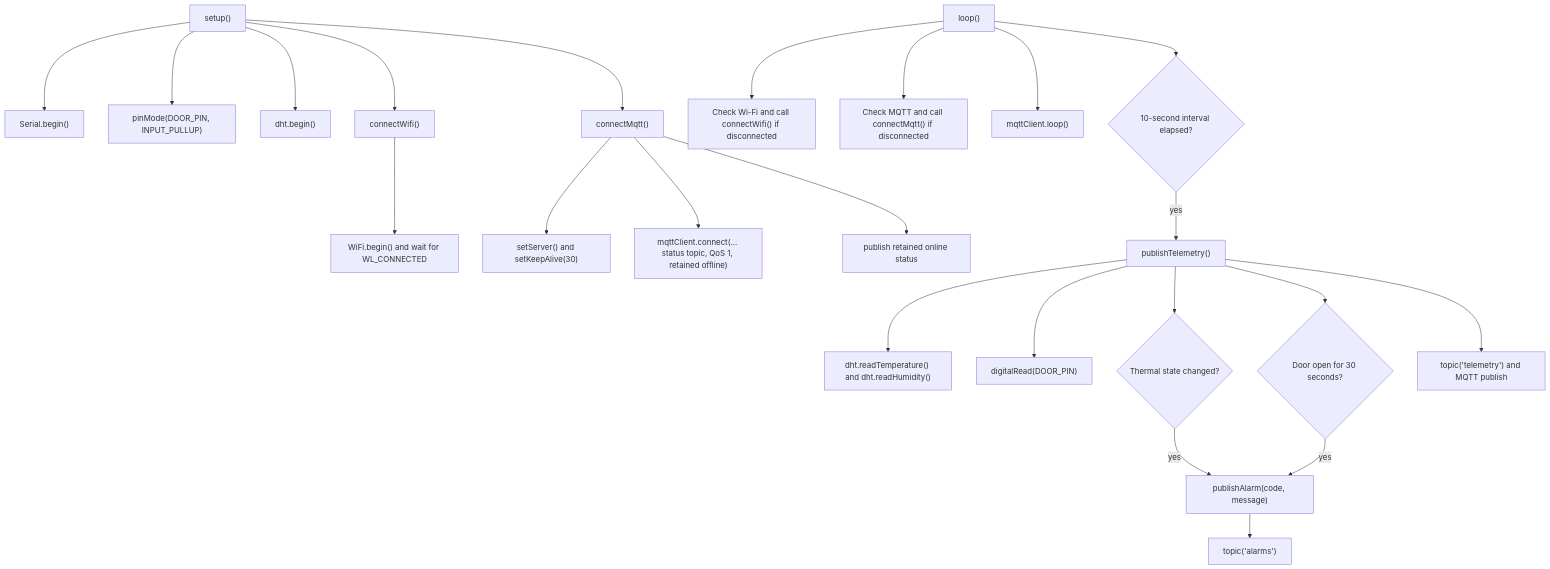
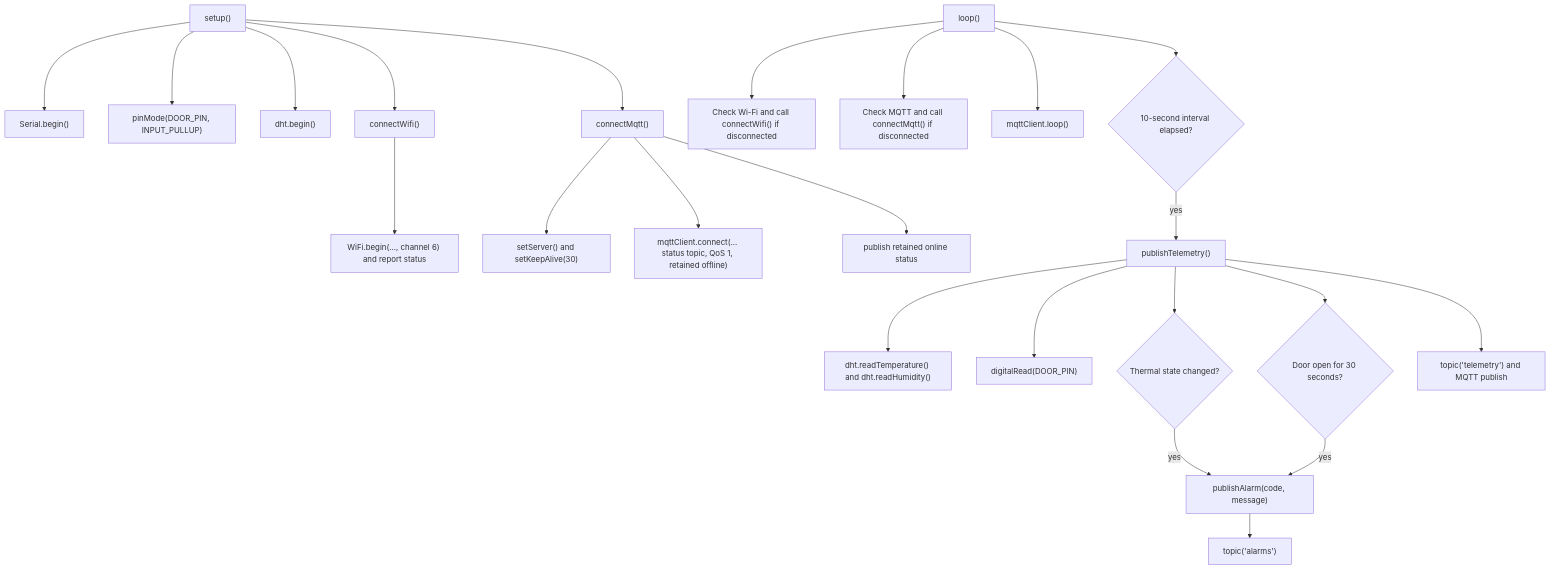
The second of 5 diagrams in docs/architecture.md (denerkr/cold-chain-iot-gateway), drawn with Mermaid before and after one commit. The commit also changed other lines of this file and 12 other files, not shown here.

````diff
--- a/docs/architecture.md
+++ b/docs/architecture.md
@@ -57,25 +86,25 @@
 ```mermaid
 flowchart TD
     Setup["setup()"] --> Serial["Serial.begin()"]
     Setup --> DoorPin["pinMode(DOOR_PIN, INPUT_PULLUP)"]
     Setup --> DHTInit["dht.begin()"]
     Setup --> WiFiConnect["connectWifi()"]
-    WiFiConnect --> WiFiBegin["WiFi.begin() and wait for WL_CONNECTED"]
+    WiFiConnect --> WiFiBegin["WiFi.begin(..., channel 6) and report status"]
     Setup --> MQTTConnect["connectMqtt()"]
     MQTTConnect --> BrokerConfig["setServer() and setKeepAlive(30)"]
     MQTTConnect --> LWT["mqttClient.connect(... status topic, QoS 1, retained offline)"]
     MQTTConnect --> Online["publish retained online status"]
     Loop["loop()"] --> CheckWiFi["Check Wi-Fi and call connectWifi() if disconnected"]
     Loop --> CheckMQTT["Check MQTT and call connectMqtt() if disconnected"]
     Loop --> Pump["mqttClient.loop()"]
     Loop --> Timer{"10-second interval elapsed?"}
     Timer -->|yes| PublishTelemetry["publishTelemetry()"]
     PublishTelemetry --> ReadSensors["dht.readTemperature() and dht.readHumidity()"]
     PublishTelemetry --> ReadDoor["digitalRead(DOOR_PIN)"]
     PublishTelemetry --> ThermalRule{"Thermal state changed?"}
     ThermalRule -->|yes| Alarm["publishAlarm(code, message)"]
     PublishTelemetry --> DoorRule{"Door open for 30 seconds?"}
     DoorRule -->|yes| Alarm
     Alarm --> Topic["topic('alarms')"]
     PublishTelemetry --> Telemetry["topic('telemetry') and MQTT publish"]
 ```
````
